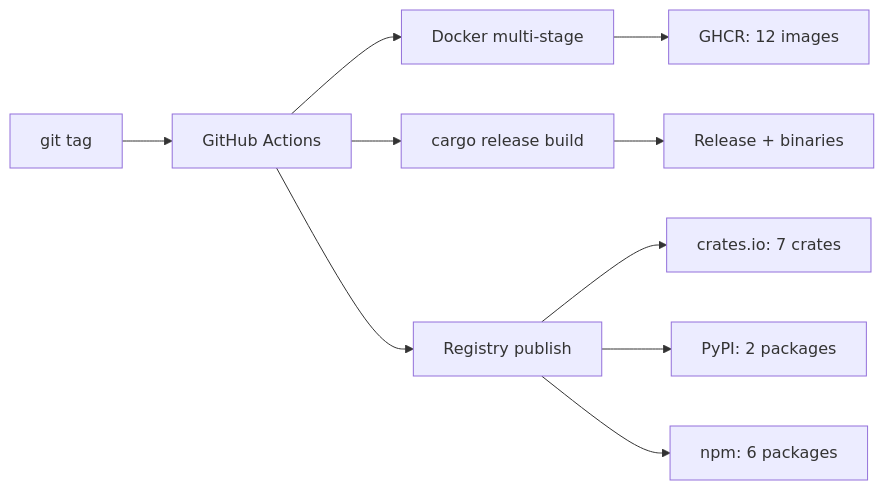
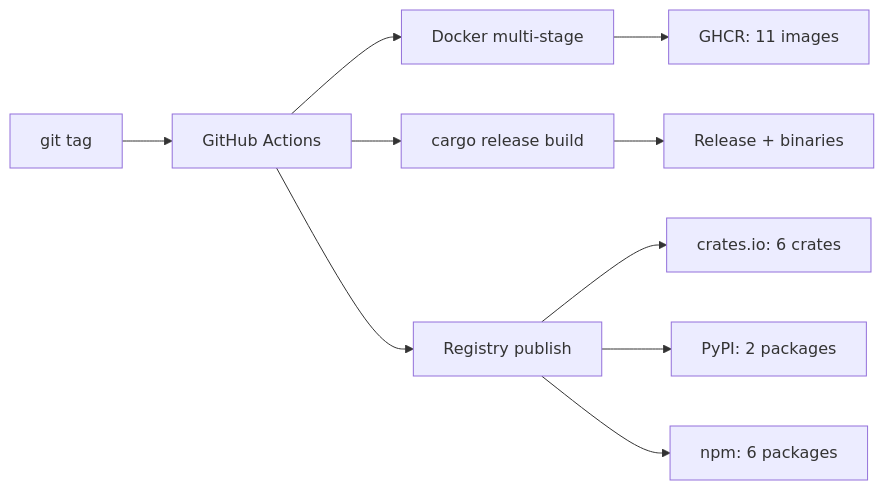
The diagram in README.md (BartoszOsiej/BartoszOsiej), drawn with Mermaid before and after one commit. The commit also changed other lines of this file, not shown here.

````diff
--- a/README.md
+++ b/README.md
@@ -128,12 +128,12 @@
 ```mermaid
 flowchart LR
     T["git tag"] --> CI["GitHub Actions"]
     CI --> D["Docker multi-stage"]
-    D --> G["GHCR: 12 images"]
+    D --> G["GHCR: 11 images"]
     CI --> B["cargo release build"]
     B --> R["Release + binaries"]
     CI --> P["Registry publish"]
-    P --> C["crates.io: 7 crates"]
+    P --> C["crates.io: 6 crates"]
     P --> Y["PyPI: 2 packages"]
     P --> N["npm: 6 packages"]
 ```
````
